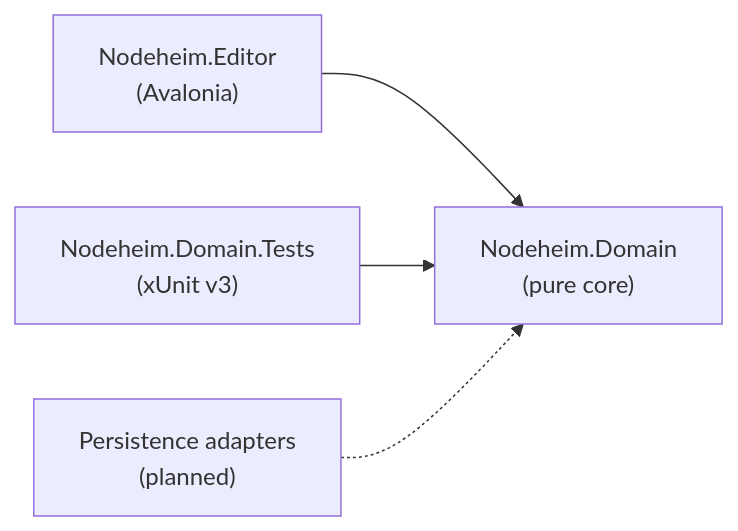
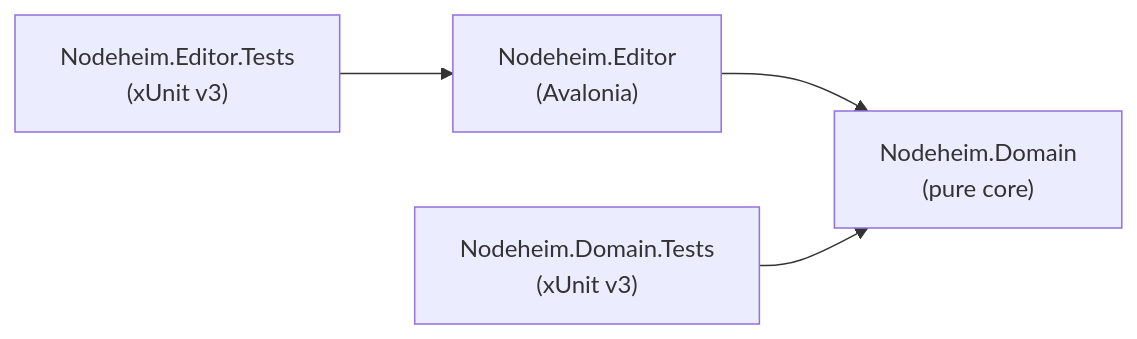
One commit to tiancama/Nodeheim changed the diagram in README.md. Above: the diagram before and after it, drawn with Mermaid. The commit also changed other lines of this file, not shown here.

Commit message:
docs: update README for current editor state

````diff
--- a/README.md
+++ b/README.md
@@ -22,6 +22,6 @@
 ```mermaid
 flowchart LR
     Editor["Nodeheim.Editor<br/>(Avalonia)"] --> Domain["Nodeheim.Domain<br/>(pure core)"]
-    Tests["Nodeheim.Domain.Tests<br/>(xUnit v3)"] --> Domain
-    Persistence["Persistence adapters<br/>(planned)"] -.-> Domain
+    DomainTests["Nodeheim.Domain.Tests<br/>(xUnit v3)"] --> Domain
+    EditorTests["Nodeheim.Editor.Tests<br/>(xUnit v3)"] --> Editor
 ```
````
